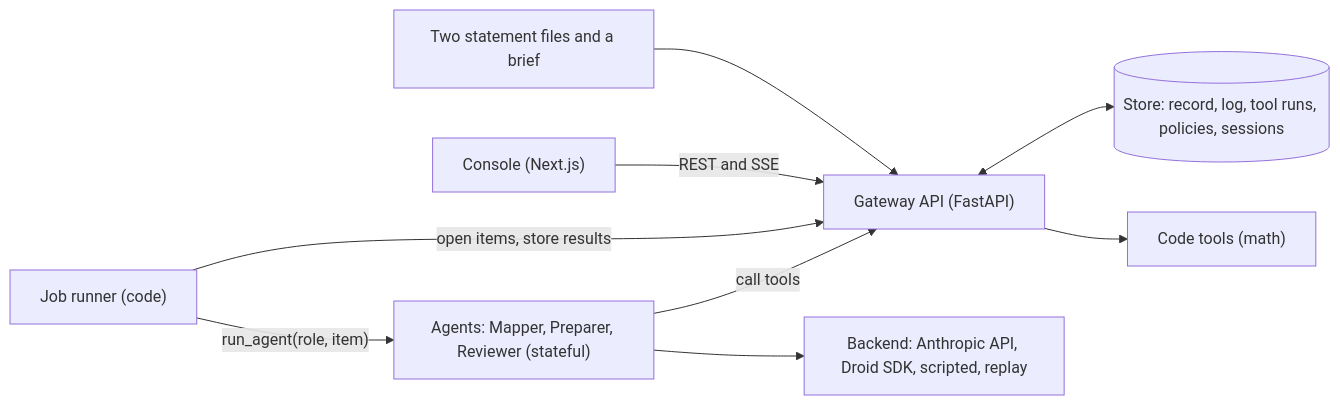
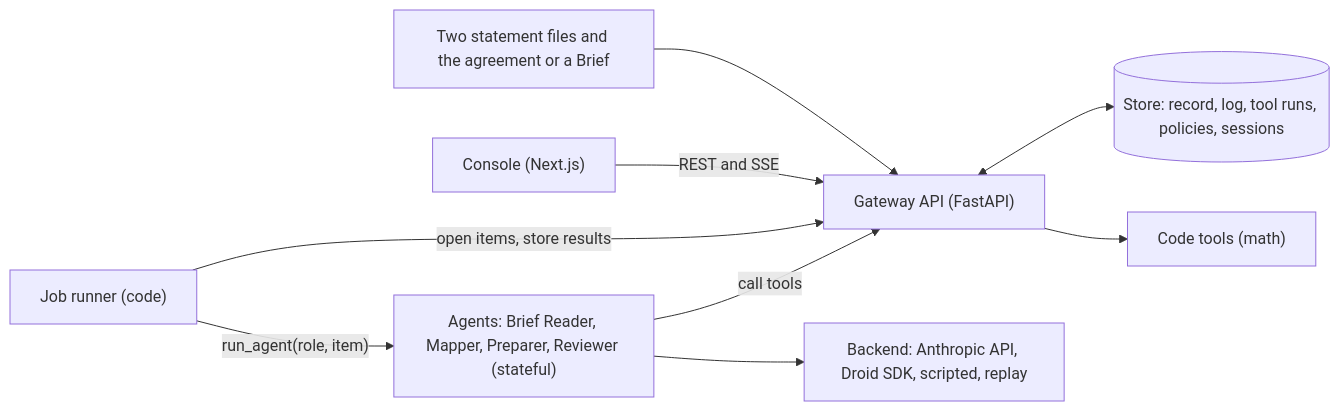
Before and after one commit to cayden-h/stochastic: the diagram in docs/architecture/README.md, drawn with Mermaid. The commit also changed other lines of this file and 39 other files, not shown here.

````diff
--- a/docs/architecture/README.md
+++ b/docs/architecture/README.md
@@ -29,20 +29,20 @@
 ```mermaid
 flowchart LR
-    FILES["Two statement files and a brief"]
+    FILES["Two statement files and the agreement or a Brief"]
     UI["Console (Next.js)"]
     API["Gateway API (FastAPI)"]
     STORE[("Store: record, log, tool runs, policies, sessions")]
     RUN["Job runner (code)"]
-    AG["Agents: Mapper, Preparer, Reviewer (stateful)"]
+    AG["Agents: Brief Reader, Mapper, Preparer, Reviewer (stateful)"]
     TL["Code tools (math)"]
     LLM["Backend: Anthropic API, Droid SDK, scripted, replay"]
 
     FILES --> API
     UI -- "REST and SSE" --> API
     API <--> STORE
     RUN -- "open items, store results" --> API
     RUN -- "run_agent(role, item)" --> AG
     AG -- "call tools" --> API
     API --> TL
     AG --> LLM
 ```
````
